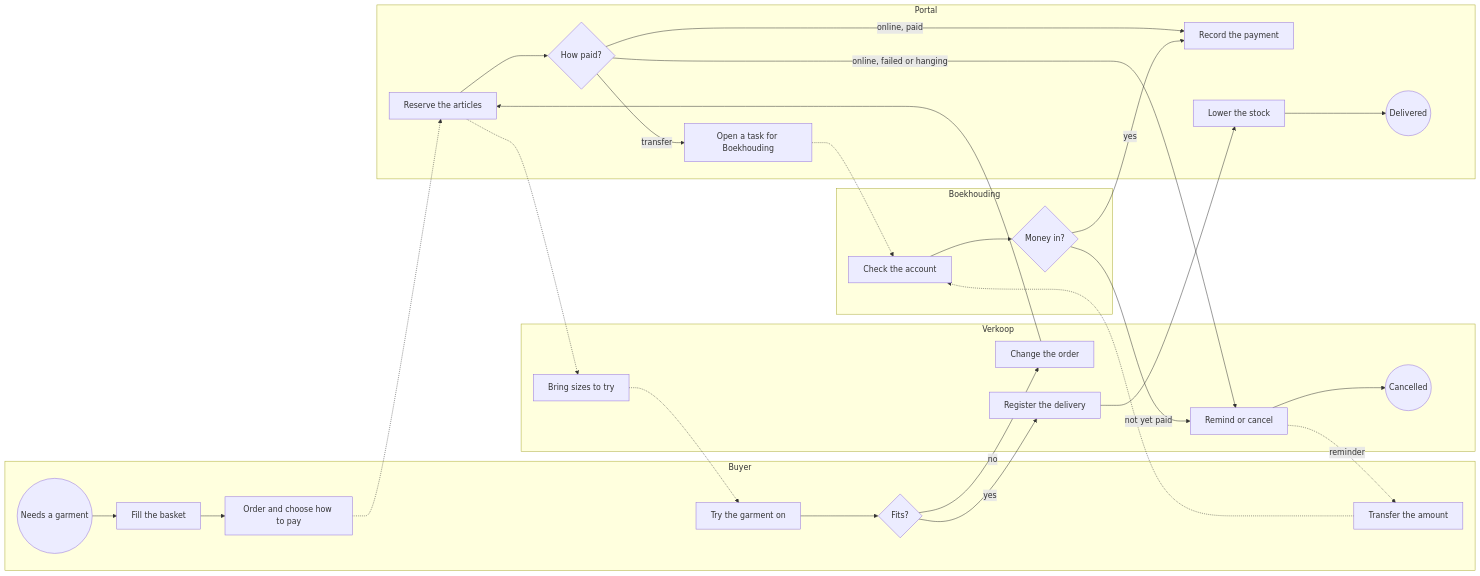
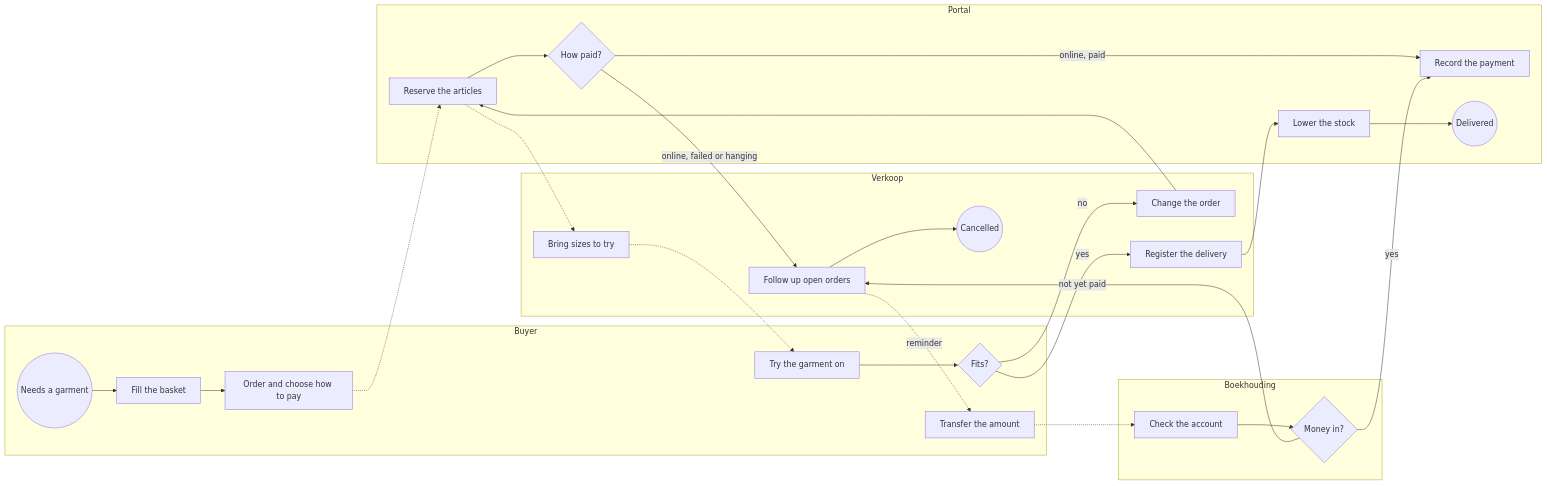
One commit to KoenRenders/KoenTest changed the second of 5 diagrams in docs/change_request_21_shop.md. Above: the diagram before and after it, drawn with Mermaid. The commit also changed other lines of this file, not shown here.

First line of the commit message:
CR-21 webshop: workbench tasks split off into CR-28 (Q56); Verkoop's list and Boekhouding's confirmation stay

````diff
--- a/docs/change_request_21_shop.md
+++ b/docs/change_request_21_shop.md
@@ -77,35 +77,33 @@
 ```mermaid
 flowchart LR
   subgraph Buyer
     b0((Needs a garment)) --> b1[Fill the basket] --> b2[Order and choose how to pay]
     b3[Try the garment on] --> bq{Fits?}
     b4[Transfer the amount]
   end
   subgraph Verkoop
     s1[Bring sizes to try]
     s2[Change the order]
     s3[Register the delivery]
-    s4[Remind or cancel] --> se2((Cancelled))
+    s4[Follow up open orders] --> se2((Cancelled))
   end
   subgraph Boekhouding
     t1[Check the account] --> tq{Money in?}
   end
   subgraph Portal
     p1[Reserve the articles] --> pq{How paid?}
-    pq -- transfer --> p3[Open a task for Boekhouding]
     p2[Record the payment]
     p4[Lower the stock] --> pe((Delivered))
   end
   b2 -.-> p1
   pq -- online, paid --> p2
   pq -- online, failed or hanging --> s4
-  p3 -.-> t1
   b4 -.-> t1
   tq -- yes --> p2
   tq -- not yet paid --> s4
   s4 -. reminder .-> b4
   p1 -.-> s1
   s1 -.-> b3
   bq -- no --> s2 --> p1
   bq -- yes --> s3 --> p4
 ```
````
